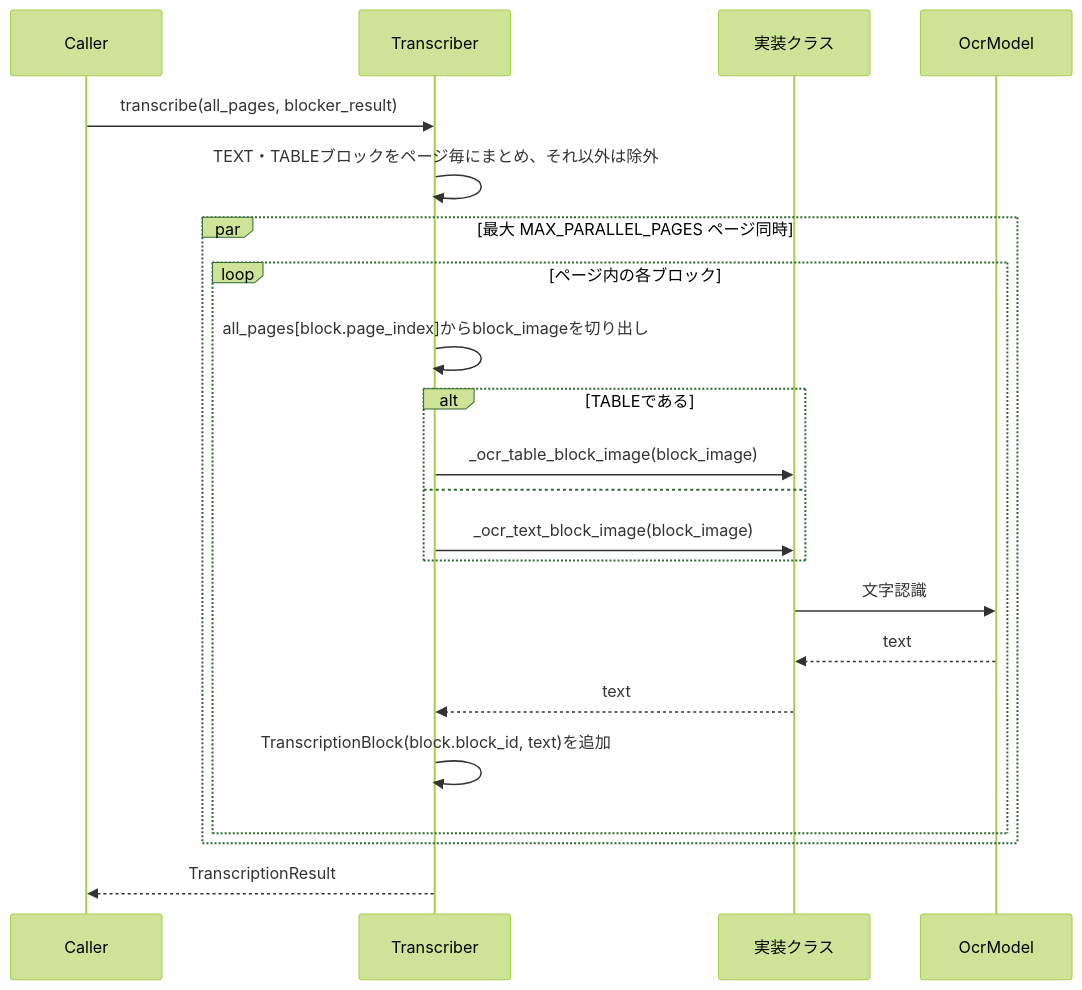
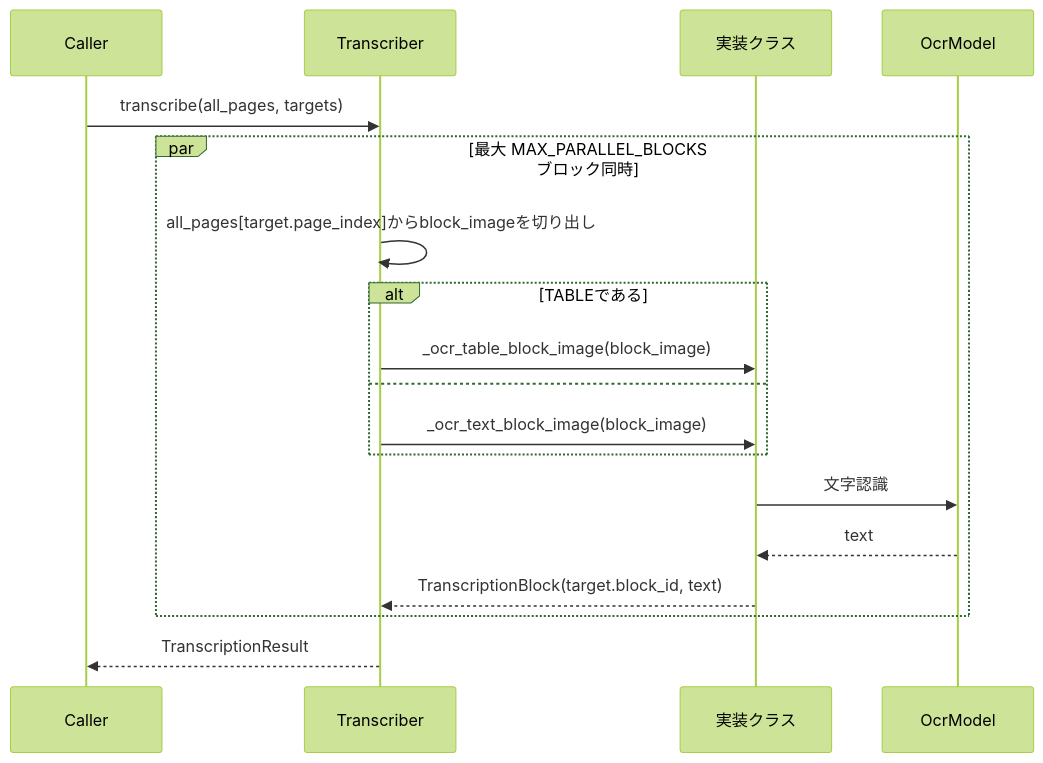
Before and after one commit to konbraphat51/SuperSuat: the second of 2 diagrams in Uploader/OcrModule/Blocked/Docs/Transcriber.ja.md, drawn with Mermaid (forest theme). The commit also changed other lines of this file and 28 other files, not shown here.

````diff
--- a/Uploader/OcrModule/Blocked/Docs/Transcriber.ja.md
+++ b/Uploader/OcrModule/Blocked/Docs/Transcriber.ja.md
@@ -50,24 +73,20 @@
 ```mermaid
 sequenceDiagram
     participant Caller
     participant Transcriber
     participant 実装クラス
     participant OcrModel
-    Caller->>Transcriber: transcribe(all_pages, blocker_result)
-    Transcriber->>Transcriber: TEXT・TABLEブロックをページ毎にまとめ、それ以外は除外
-    par 最大 MAX_PARALLEL_PAGES ページ同時
-        loop ページ内の各ブロック
-            Transcriber->>Transcriber: all_pages[block.page_index]からblock_imageを切り出し
-            alt TABLEである
-                Transcriber->>実装クラス: _ocr_table_block_image(block_image)
-            else
-                Transcriber->>実装クラス: _ocr_text_block_image(block_image)
-            end
-            実装クラス->>OcrModel: 文字認識
-            OcrModel-->>実装クラス: text
-            実装クラス-->>Transcriber: text
-            Transcriber->>Transcriber: TranscriptionBlock(block.block_id, text)を追加
+    Caller->>Transcriber: transcribe(all_pages, targets)
+    par 最大 MAX_PARALLEL_BLOCKS ブロック同時
+        Transcriber->>Transcriber: all_pages[target.page_index]からblock_imageを切り出し
+        alt TABLEである
+            Transcriber->>実装クラス: _ocr_table_block_image(block_image)
+        else
+            Transcriber->>実装クラス: _ocr_text_block_image(block_image)
         end
+        実装クラス->>OcrModel: 文字認識
+        OcrModel-->>実装クラス: text
+        実装クラス-->>Transcriber: TranscriptionBlock(target.block_id, text)
     end
     Transcriber-->>Caller: TranscriptionResult
 ```
````
